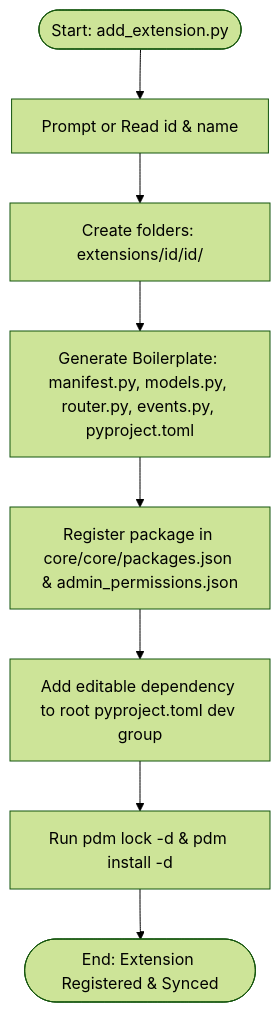
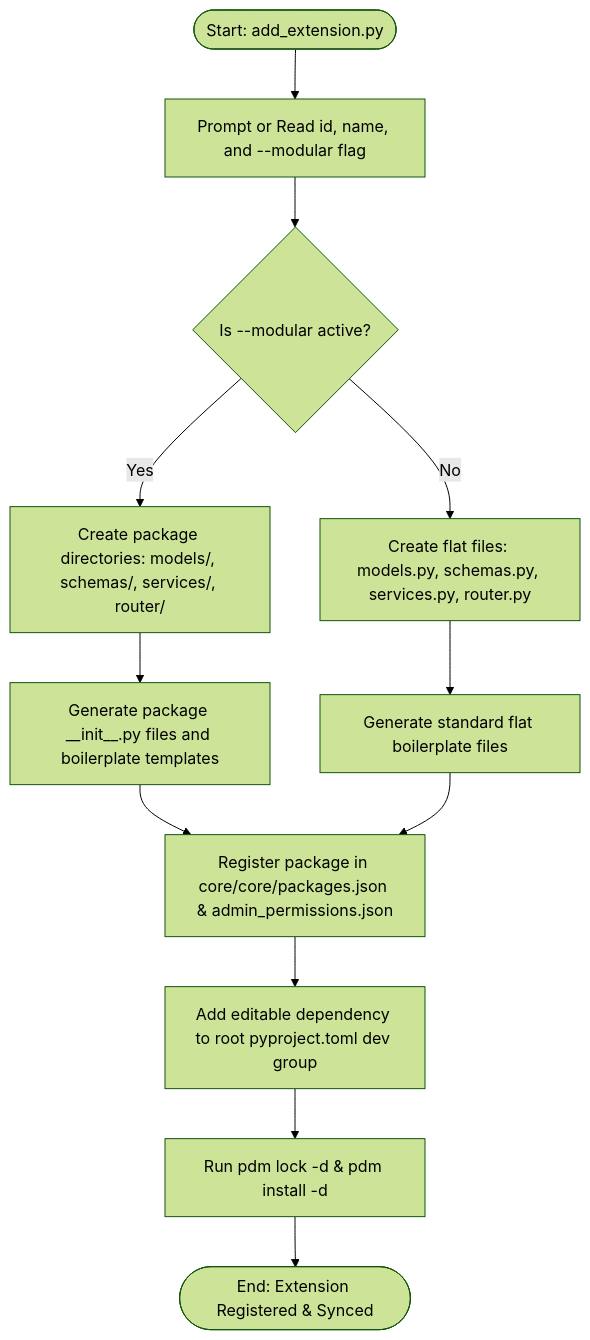
Before and after one commit to tenarm/BES-architect-old: the first of 8 diagrams in bvk-items/commands/backend/run_flow.md, drawn with Mermaid (forest theme). The commit also changed other lines of this file and 14 other files, not shown here.

````diff
--- a/bvk-items/commands/backend/run_flow.md
+++ b/bvk-items/commands/backend/run_flow.md
@@ -9,10 +9,14 @@
 ```mermaid
 flowchart TD
-    A([Start: add_extension.py]) --> B[Prompt or Read id & name]
-    B --> C[Create folders: extensions/id/id/]
-    C --> D[Generate Boilerplate: manifest.py, models.py, router.py, events.py, pyproject.toml]
-    D --> E[Register package in core/core/packages.json & admin_permissions.json]
-    E --> F[Add editable dependency to root pyproject.toml dev group]
-    F --> G[Run pdm lock -d & pdm install -d]
-    G --> H([End: Extension Registered & Synced])
+    A([Start: add_extension.py]) --> B[Prompt or Read id, name, and --modular flag]
+    B --> C{Is --modular active?}
+    C -- Yes --> D1[Create package directories: models/, schemas/, services/, router/]
+    C -- No --> D2[Create flat files: models.py, schemas.py, services.py, router.py]
+    D1 --> E[Generate package __init__.py files and boilerplate templates]
+    D2 --> F[Generate standard flat boilerplate files]
+    E --> G[Register package in core/core/packages.json & admin_permissions.json]
+    F --> G
+    G --> H[Add editable dependency to root pyproject.toml dev group]
+    H --> I[Run pdm lock -d & pdm install -d]
+    I --> J([End: Extension Registered & Synced])
 ```
````
